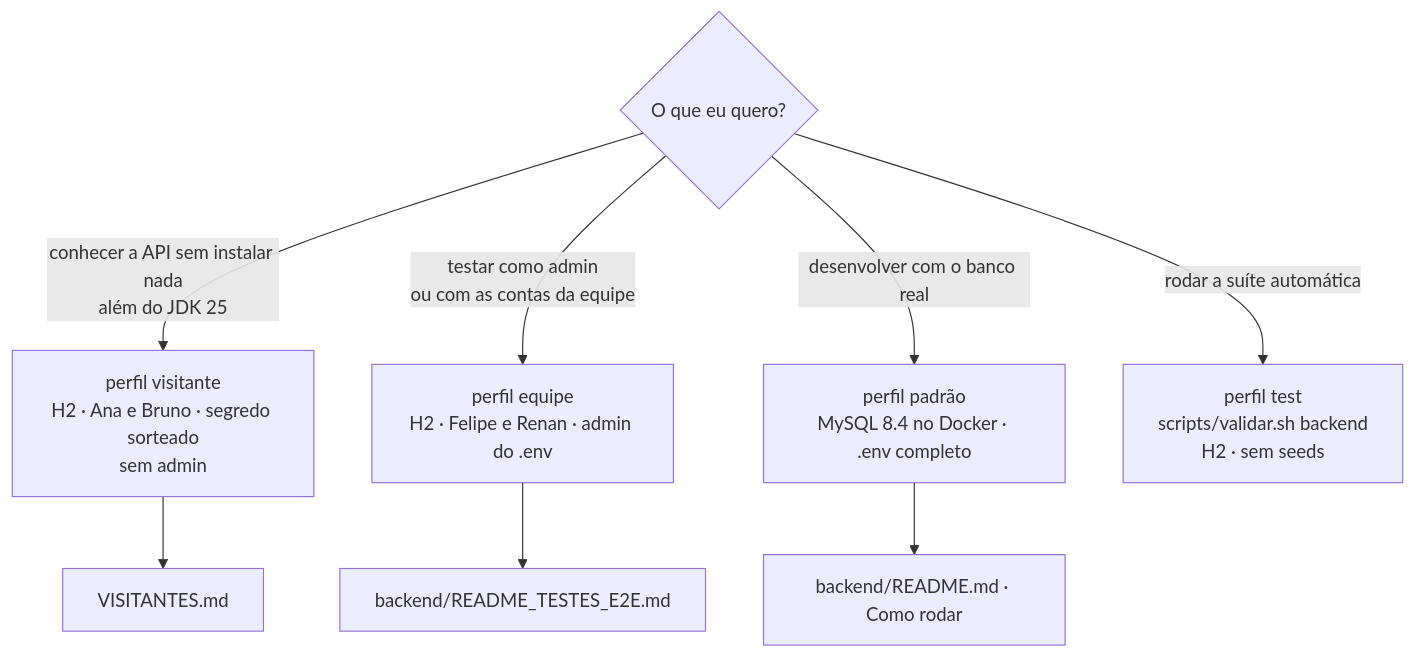
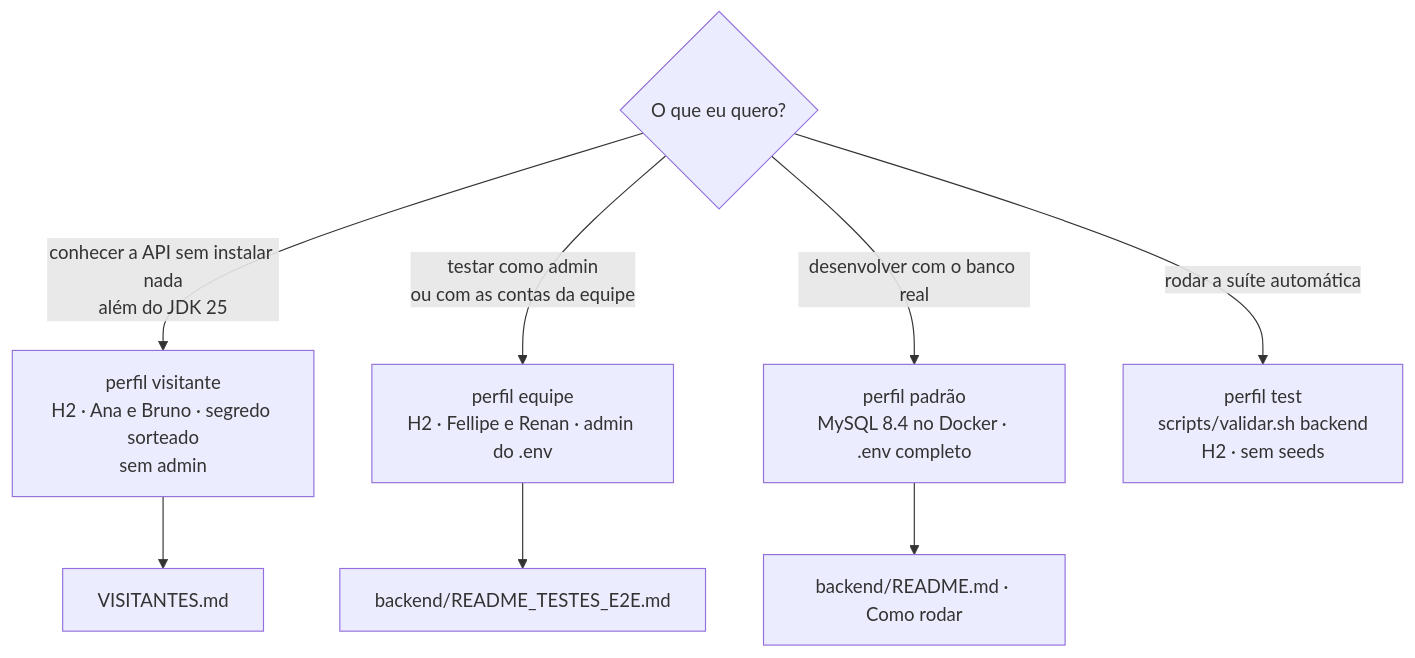
Before and after one commit to k3vinrich4rd/rkf_bank: the ninth of 11 diagrams in FLUXOS.md, drawn with Mermaid. The commit also changed 30 other files, not shown here.

First line of the commit message:
chore: grafia Fellipe (com dois L) em todo o projeto

````diff
--- a/FLUXOS.md
+++ b/FLUXOS.md
@@ -487,10 +487,10 @@
 ```mermaid
 flowchart TD
     Q{"O que eu quero?"} -->|"conhecer a API sem instalar nada<br/>além do JDK 25"| VIS["perfil visitante<br/>H2 · Ana e Bruno · segredo sorteado<br/>sem admin"]
-    Q -->|"testar como admin<br/>ou com as contas da equipe"| EQ["perfil equipe<br/>H2 · Felipe e Renan · admin do .env"]
+    Q -->|"testar como admin<br/>ou com as contas da equipe"| EQ["perfil equipe<br/>H2 · Fellipe e Renan · admin do .env"]
     Q -->|"desenvolver com o banco real"| PAD["perfil padrão<br/>MySQL 8.4 no Docker · .env completo"]
     Q -->|"rodar a suíte automática"| TST["perfil test<br/>scripts/validar.sh backend<br/>H2 · sem seeds"]
     VIS --> G1["VISITANTES.md"]
     EQ --> G2["backend/README_TESTES_E2E.md"]
     PAD --> G3["backend/README.md · Como rodar"]
 ```
````
